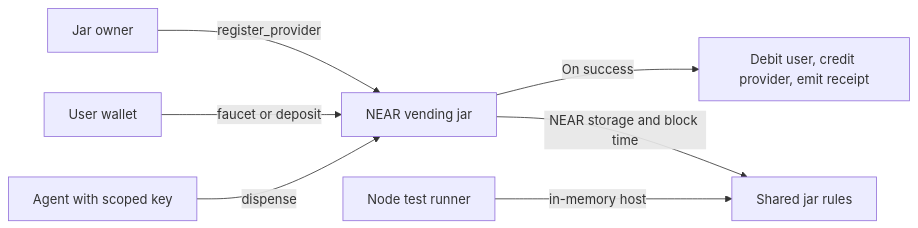
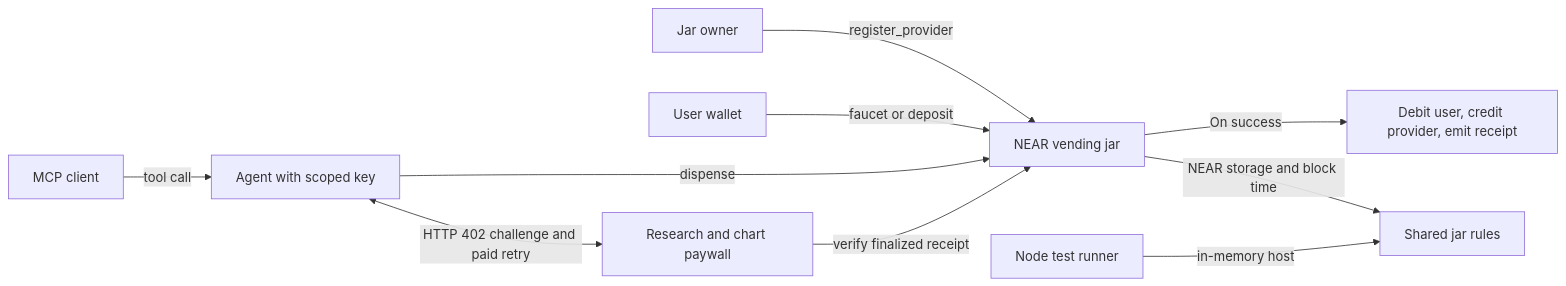
Before and after one commit to Niskarsh12/quarters: the diagram in README.md, drawn with Mermaid. The commit also changed other lines of this file and 12 other files, not shown here.

Commit message:
Add MCP vending service and HTTP 402 settlement

````diff
--- a/README.md
+++ b/README.md
@@ -17,9 +18,12 @@
 ```mermaid
 flowchart LR
     Owner["Jar owner"] -->|register_provider| Jar["NEAR vending jar"]
     User["User wallet"] -->|faucet or deposit| Jar
     Agent["Agent with scoped key"] -->|dispense| Jar
+    MCP["MCP client"] -->|tool call| Agent
+    Agent <-->|HTTP 402 challenge and paid retry| Provider["Research and chart paywall"]
+    Provider -->|verify finalized receipt| Jar
     Jar -->|"On success"| Ledger["Debit user, credit provider, emit receipt"]
     Tests["Node test runner"] -->|in-memory host| Rules["Shared jar rules"]
     Jar -->|NEAR storage and block time| Rules
 ```
````
